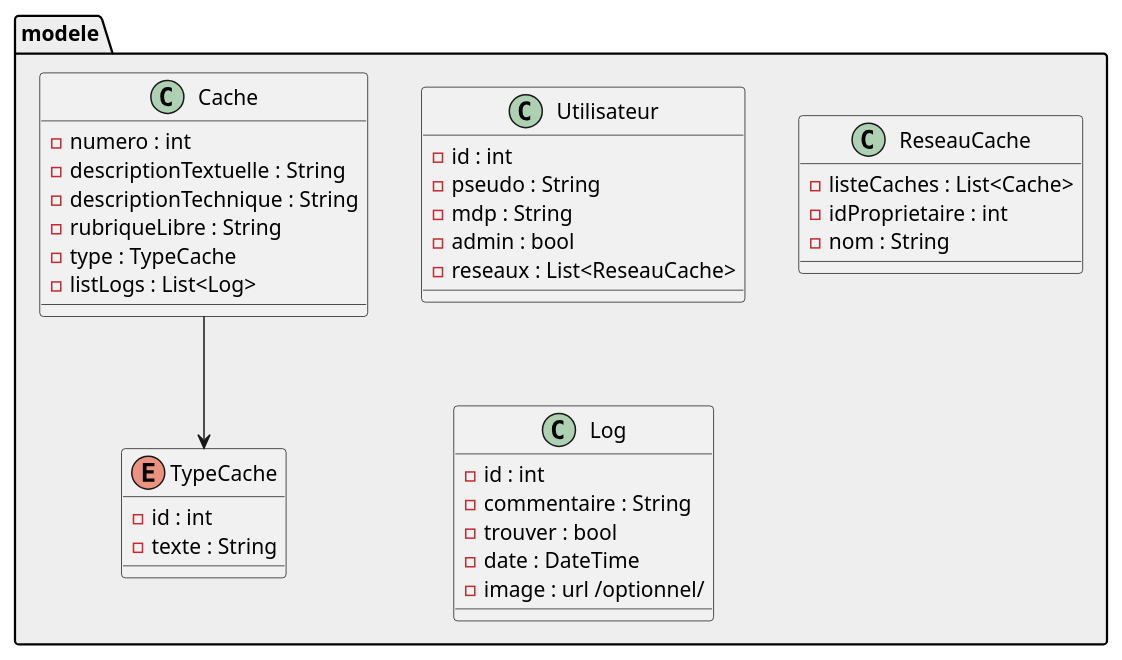
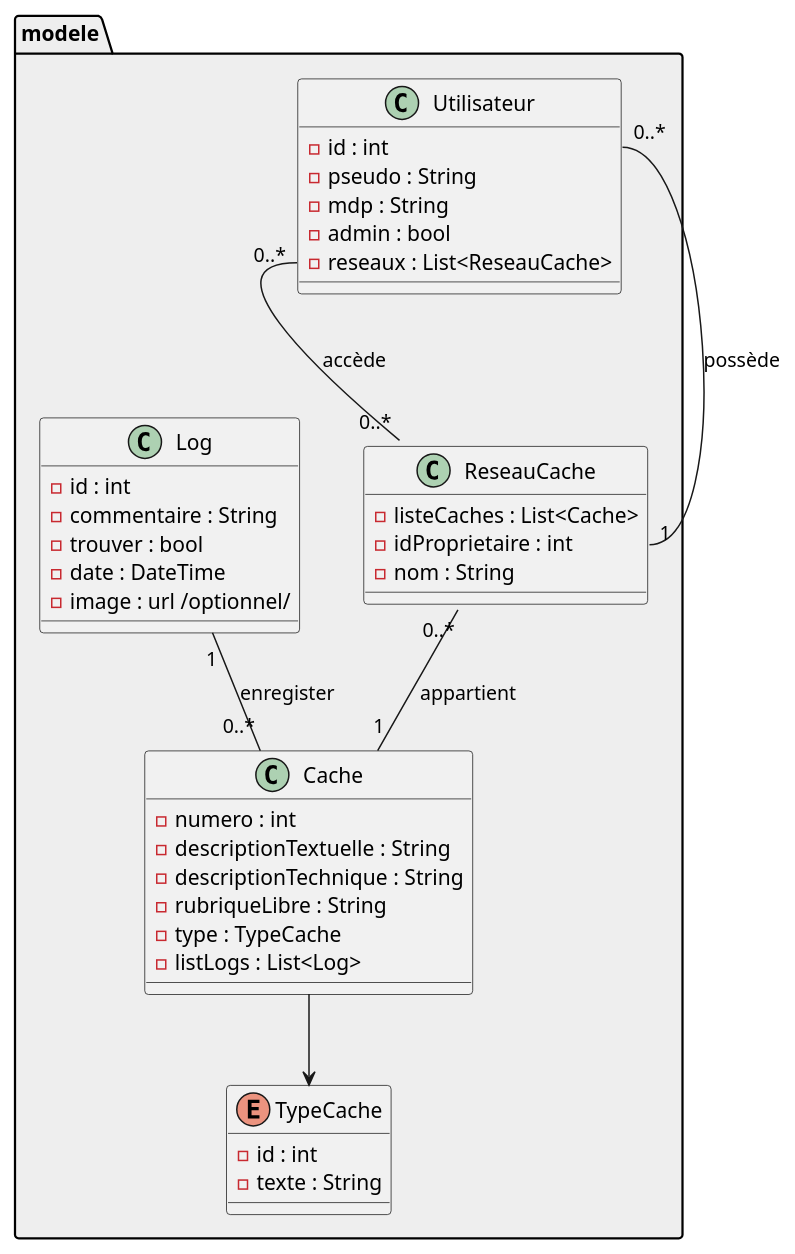
The diagram in conception/UML/diagramme_classes.puml (Thomas-Duthoit/ge-OO-cache), drawn with PlantUML before and after one commit.

```diff
--- a/conception/UML/diagramme_classes.puml
+++ b/conception/UML/diagramme_classes.puml
@@ -1,45 +1,51 @@
 @startuml
 
 package "modele" #EEEEEE{
 
 class Utilisateur{
   - id : int
   - pseudo : String 
   - mdp : String
   - admin : bool
   - reseaux : List<ReseauCache>
 }
 
 class ReseauCache{
   - listeCaches : List<Cache>
   - idProprietaire : int
   - nom : String
 }
 
 class Cache{
   - numero : int
   - descriptionTextuelle : String
   - descriptionTechnique : String 
   - rubriqueLibre : String
   - type : TypeCache
   - listLogs : List<Log>
 }
 
 enum TypeCache{
   - id : int 
   - texte : String
 }
 
 class Log{
   - id : int
   - commentaire : String
   - trouver : bool
   - date : DateTime
   - image : url /optionnel/
 }
 
 Cache --> TypeCache
 
+Utilisateur::reseaux "0..*" -- "0..*" ReseauCache : accède
+Utilisateur::id "0..*" -- "1" ReseauCache::idProprietaire : possède
+
+ReseauCache::listCaches "0..*" -- "1" Cache : appartient
+
+Log "1" -- "0..*" Cache : enregister
 }
 
 @enduml
```
